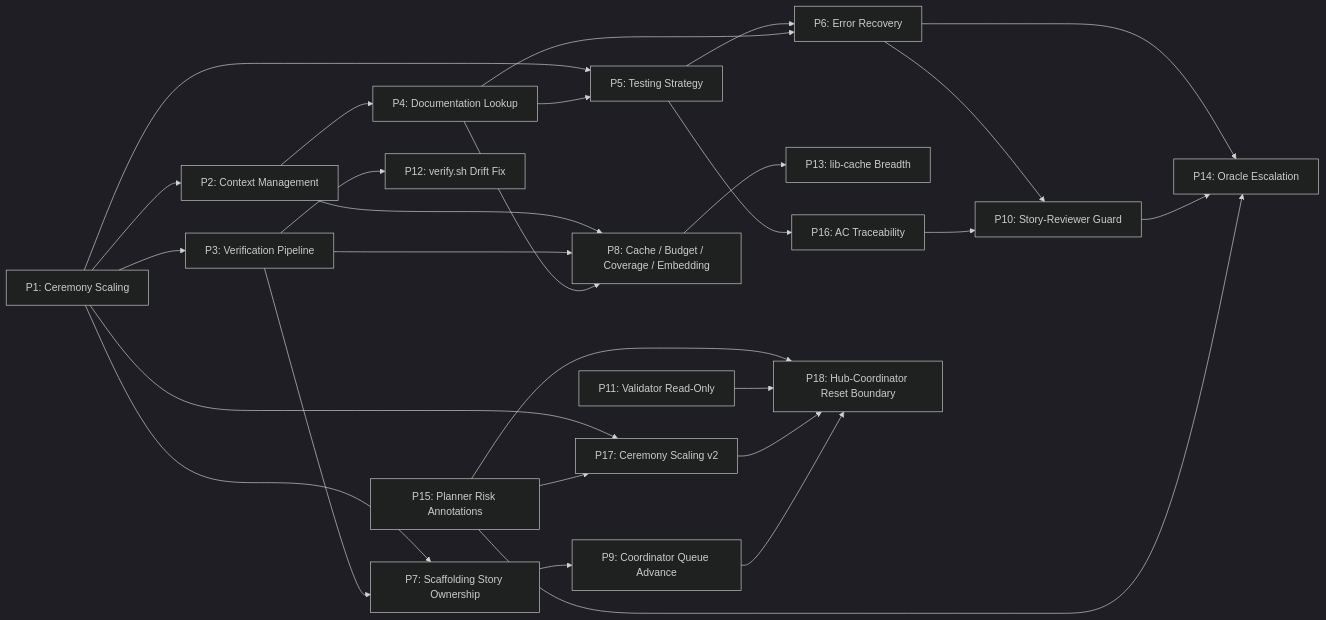
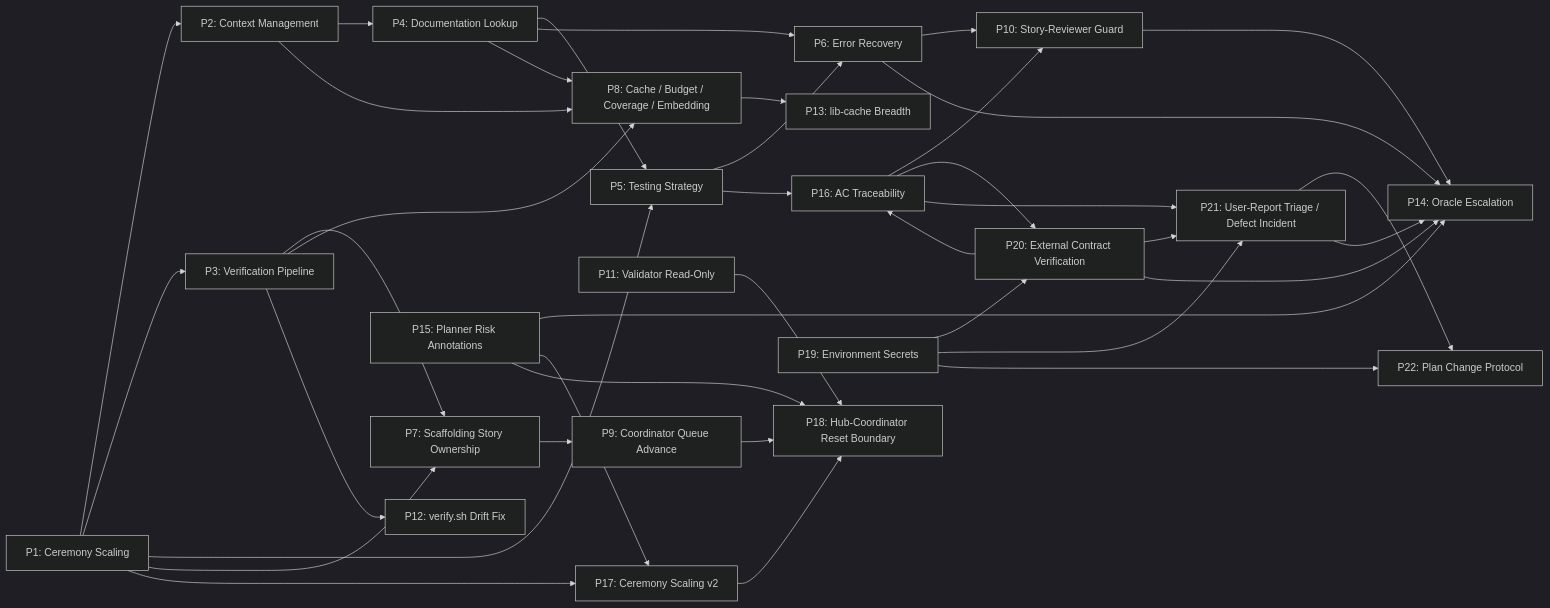
One commit to gleeb/ai-registry changed the diagram in opencode/improvement-proposals/INDEX.md. Above: the diagram before and after it, drawn with Mermaid (dark theme). The commit also changed other lines of this file and 17 other files, not shown here.

````diff
--- a/opencode/improvement-proposals/INDEX.md
+++ b/opencode/improvement-proposals/INDEX.md
@@ -68,51 +78,66 @@
 ```mermaid
 flowchart LR
     P1["P1: Ceremony Scaling"]
     P2["P2: Context Management"]
     P3["P3: Verification Pipeline"]
     P4["P4: Documentation Lookup"]
     P5["P5: Testing Strategy"]
     P6["P6: Error Recovery"]
     P7["P7: Scaffolding Story Ownership"]
     P8["P8: Cache / Budget / Coverage / Embedding"]
     P9["P9: Coordinator Queue Advance"]
     P10["P10: Story-Reviewer Guard"]
     P11["P11: Validator Read-Only"]
     P12["P12: verify.sh Drift Fix"]
     P13["P13: lib-cache Breadth"]
     P14["P14: Oracle Escalation"]
     P15["P15: Planner Risk Annotations"]
     P16["P16: AC Traceability"]
     P17["P17: Ceremony Scaling v2"]
     P18["P18: Hub-Coordinator Reset Boundary"]
+    P19["P19: Environment Secrets"]
+    P20["P20: External Contract Verification"]
+    P21["P21: User-Report Triage / Defect Incident"]
+    P22["P22: Plan Change Protocol"]
 
     P1 --> P2
     P1 --> P3
     P1 --> P5
     P1 --> P7
     P2 --> P4
     P4 --> P5
     P5 --> P6
     P4 --> P6
     P3 --> P7
     P2 --> P8
     P3 --> P8
     P4 --> P8
 
     P3 --> P12
     P7 --> P9
     P6 --> P10
     P5 --> P16
     P16 --> P10
     P8 --> P13
     P6 --> P14
     P10 --> P14
     P15 --> P14
     P1 --> P17
     P15 --> P17
 
     P15 --> P18
     P11 --> P18
     P17 --> P18
     P9 --> P18
+
+    P19 --> P20
+    P19 --> P21
+    P19 --> P22
+    P16 --> P20
+    P20 --> P16
+    P20 --> P21
+    P16 --> P21
+    P21 --> P22
+    P21 --> P14
+    P20 --> P14
 ```
````
